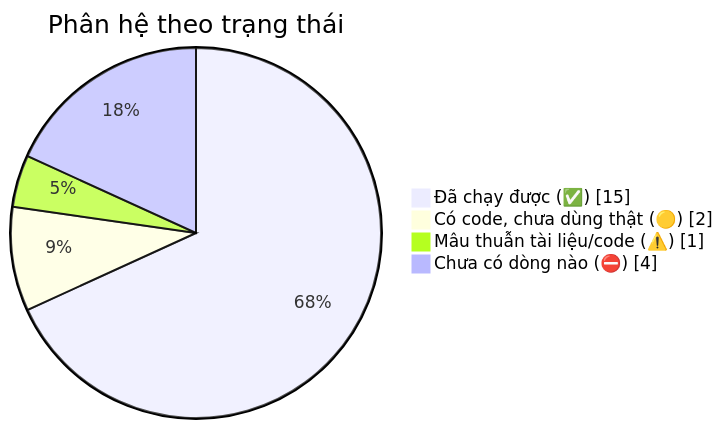
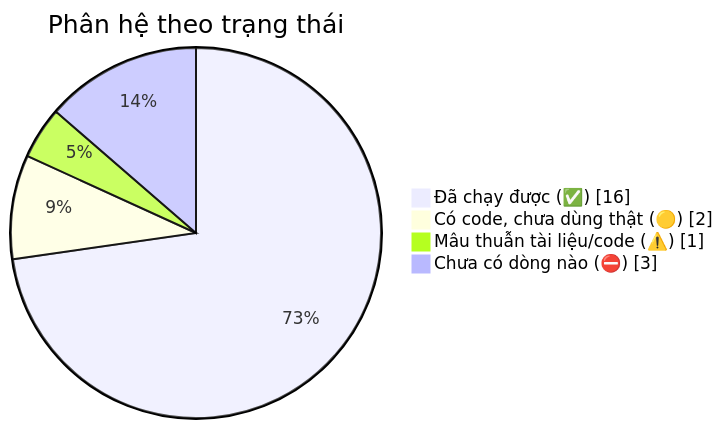
The fourth of 4 diagrams in docs/diagram/20-overview.md (fdshn/trueheart), drawn with Mermaid before and after one commit. The commit also changed other lines of this file and 22 other files, not shown here.

````diff
--- a/docs/diagram/20-overview.md
+++ b/docs/diagram/20-overview.md
@@ -132,8 +131,8 @@
 ```mermaid
 pie showData
     title Phân hệ theo trạng thái
-    "Đã chạy được (✅)" : 15
+    "Đã chạy được (✅)" : 16
     "Có code, chưa dùng thật (🟡)" : 2
     "Mâu thuẫn tài liệu/code (⚠️)" : 1
-    "Chưa có dòng nào (⛔)" : 4
+    "Chưa có dòng nào (⛔)" : 3
 ```
````
